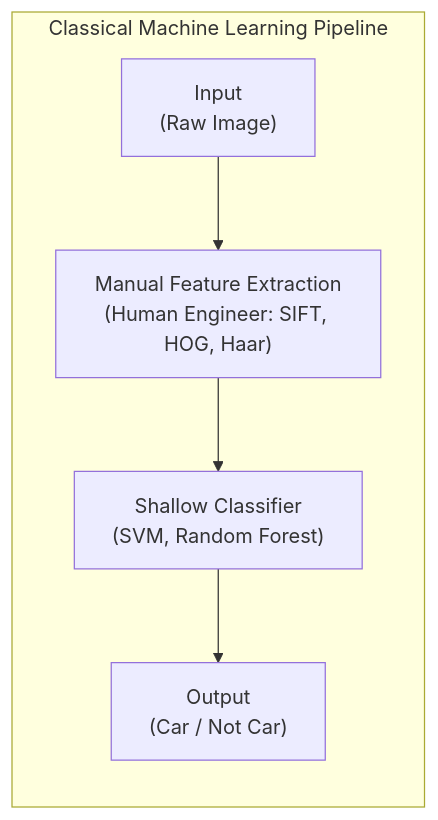
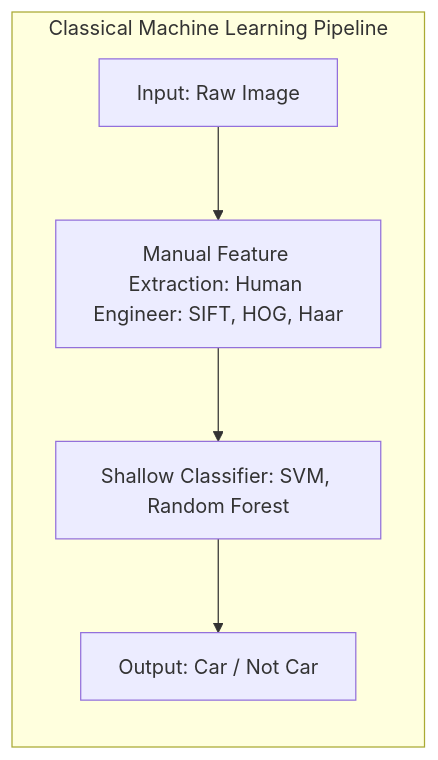
Diagram 12 of 14 in notes/machine_learning/ssl_rl_and_intro_to_deep_learning.md (DeepLumiere/DeepSkills), drawn with Mermaid before and after one commit. The commit also changed other lines of this file and 56 other files, not shown here.

````diff
--- a/notes/machine_learning/ssl_rl_and_intro_to_deep_learning.md
+++ b/notes/machine_learning/ssl_rl_and_intro_to_deep_learning.md
@@ -910,8 +910,8 @@
 ```mermaid
 graph LR
-    subgraph Classical Machine Learning Pipeline
-        In1["Input<br/>(Raw Image)"] --> FE1["Manual Feature Extraction<br/>(Human Engineer: SIFT, HOG, Haar)"]
-        FE1 --> CL1["Shallow Classifier<br/>(SVM, Random Forest)"]
-        CL1 --> Out1["Output<br/>(Car / Not Car)"]
+    subgraph Classical_ML_Pipeline ["Classical Machine Learning Pipeline"]
+        In1["Input: Raw Image"] --> FE1["Manual Feature Extraction: Human Engineer: SIFT, HOG, Haar"]
+        FE1 --> CL1["Shallow Classifier: SVM, Random Forest"]
+        CL1 --> Out1["Output: Car / Not Car"]
     end
 ```
````
